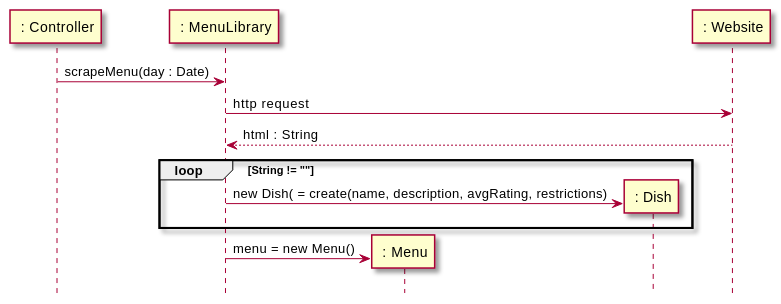
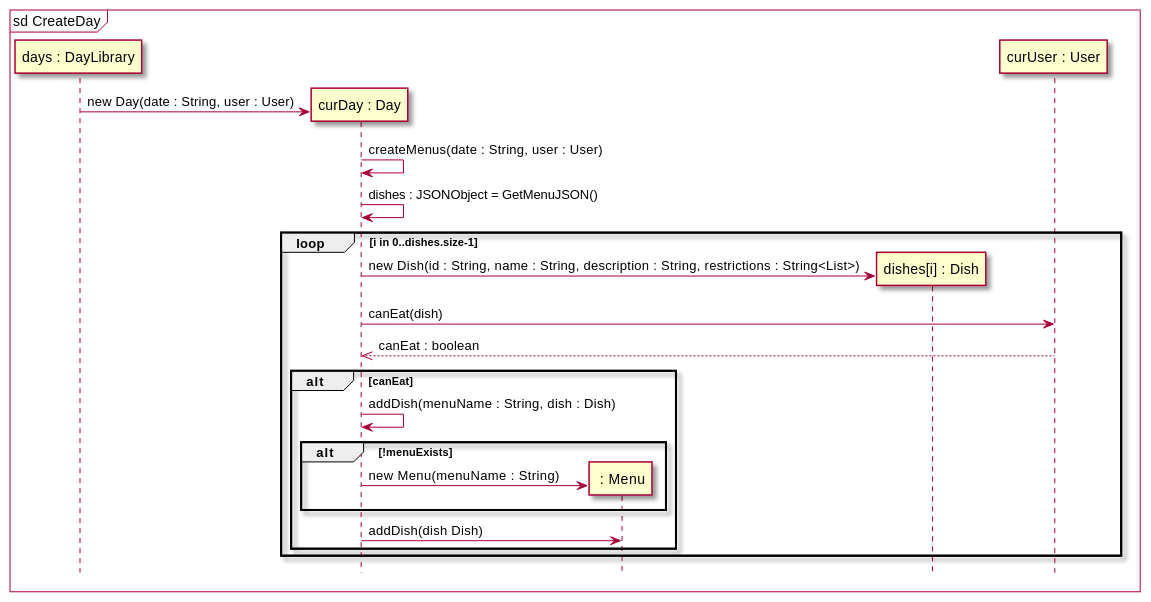
Before and after one commit to sashap100/Vassar-Dining-App: the third of 3 diagrams in intellij/doc/design.md, drawn with PlantUML. The commit also changed other lines of this file, not shown here.

````diff
--- a/intellij/doc/design.md
+++ b/intellij/doc/design.md
@@ -160,19 +148,29 @@
 ```plantuml
 @startuml
 skin rose
 hide footbox
-participant " : Controller" as controller
-participant " : MenuLibrary" as menulib
+mainframe sd CreateDay
+
+participant "days : DayLibrary" as days
+participant "curDay : Day" as day
 participant " : Menu" as menu
-participant " : Dish" as dish
-participant " : Website" as web
+participant "dishes[i] : Dish" as dish
+participant "curUser : User" as user
 
-controller -> menulib : scrapeMenu(day : Date)
-menulib -> web : http request
-web --> menulib : html : String
-loop String != ""
-menulib -> dish **: new Dish( = create(name, description, avgRating, restrictions)
-end
-menulib -> menu **: menu = new Menu()
+days -> day **: new Day(date : String, user : User)
+    day -> day : createMenus(date : String, user : User)
+    day -> day : dishes : JSONObject = GetMenuJSON()
+    loop i in 0..dishes.size-1
+        day -> dish **: new Dish(id : String, name : String, description : String, restrictions : String<List>)
+        day -> user : canEat(dish)
+        user -->> day : canEat : boolean
+        alt canEat
+            day -> day : addDish(menuName : String, dish : Dish)
+            alt !menuExists
+                day -> menu **: new Menu(menuName : String)
+            end
+            day -> menu : addDish(dish Dish)
+        end
+    end
 @enduml
 ```
````
